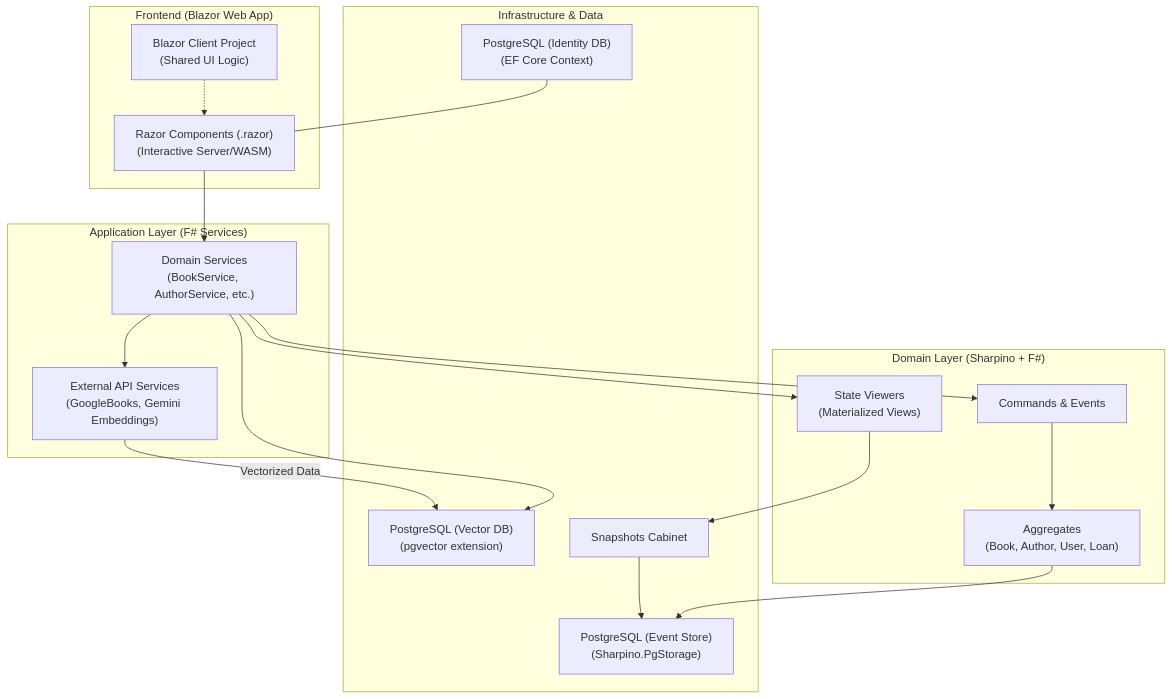
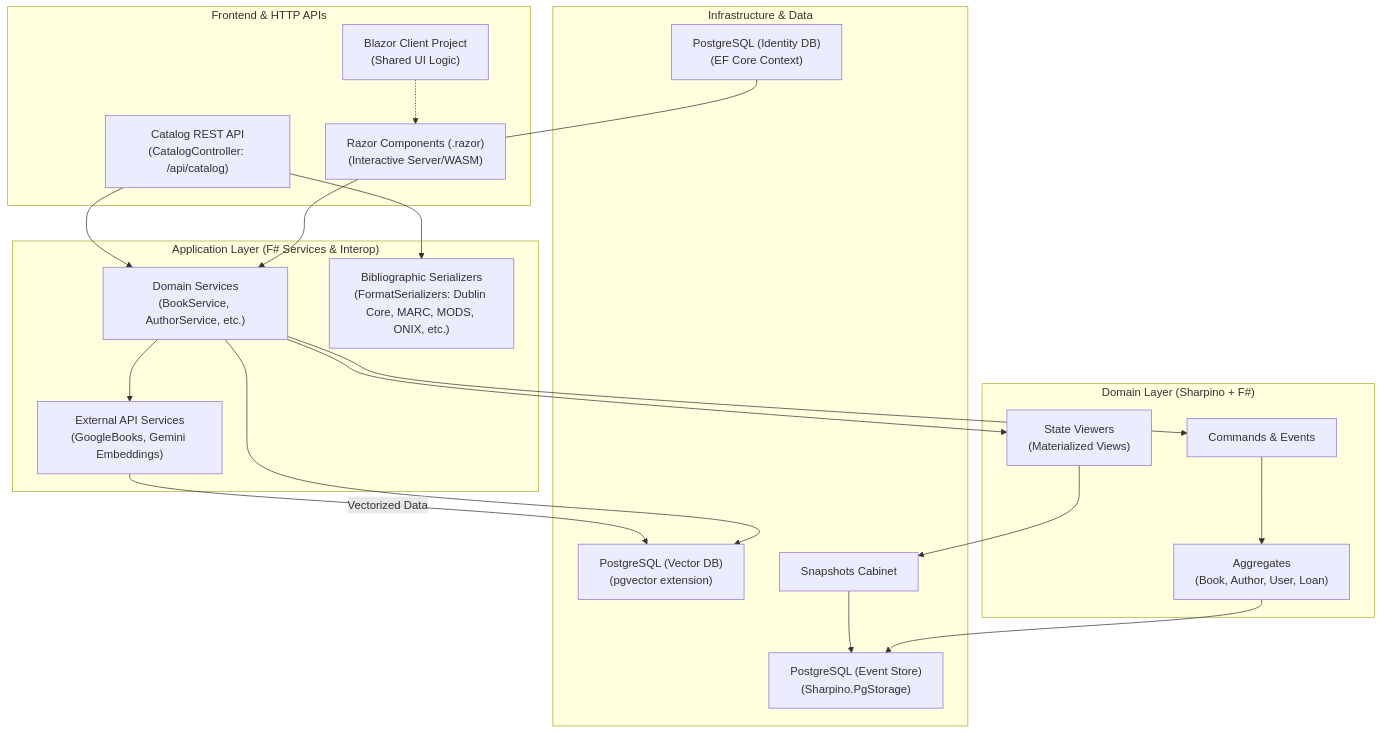
Before and after one commit to tonyx/blazorBookLibrary: the diagram in Docs/Architecture.md, drawn with Mermaid. The commit also changed other lines of this file and 8 other files, not shown here.

````diff
--- a/Docs/Architecture.md
+++ b/Docs/Architecture.md
@@ -7,39 +7,43 @@
 ```mermaid
 graph TB
-    subgraph "Frontend (Blazor Web App)"
+    subgraph "Frontend & HTTP APIs"
         UI["Razor Components (.razor)<br/>(Interactive Server/WASM)"]
         CLIENT["Blazor Client Project<br/>(Shared UI Logic)"]
+        CATALOG["Catalog REST API<br/>(CatalogController: /api/catalog)"]
     end
 
-    subgraph "Application Layer (F# Services)"
+    subgraph "Application Layer (F# Services & Interop)"
         SVC["Domain Services<br/>(BookService, AuthorService, etc.)"]
         EXT["External API Services<br/>(GoogleBooks, Gemini Embeddings)"]
+        SERIAL["Bibliographic Serializers<br/>(FormatSerializers: Dublin Core, MARC, MODS, ONIX, etc.)"]
     end
 
     subgraph "Domain Layer (Sharpino + F#)"
         CMD["Commands & Events"]
         AGG["Aggregates<br/>(Book, Author, User, Loan)"]
         VIEWER["State Viewers<br/>(Materialized Views)"]
     end
 
     subgraph "Infrastructure & Data"
         PGC["PostgreSQL (Identity DB)<br/>(EF Core Context)"]
         PGE["PostgreSQL (Event Store)<br/>(Sharpino.PgStorage)"]
         PGV["PostgreSQL (Vector DB)<br/>(pgvector extension)"]
         SNAP["Snapshots Cabinet"]
     end
 
     %% Relationships
     UI --> SVC
     CLIENT -.-> UI
+    CATALOG --> SVC
+    CATALOG --> SERIAL
     SVC --> CMD
     SVC --> VIEWER
     SVC --> EXT
     CMD --> AGG
     AGG --> PGE
     VIEWER --> SNAP
     SNAP --> PGE
     PGC --- UI
     SVC --> PGV
     EXT -- "Vectorized Data" --> PGV
 ```
````
